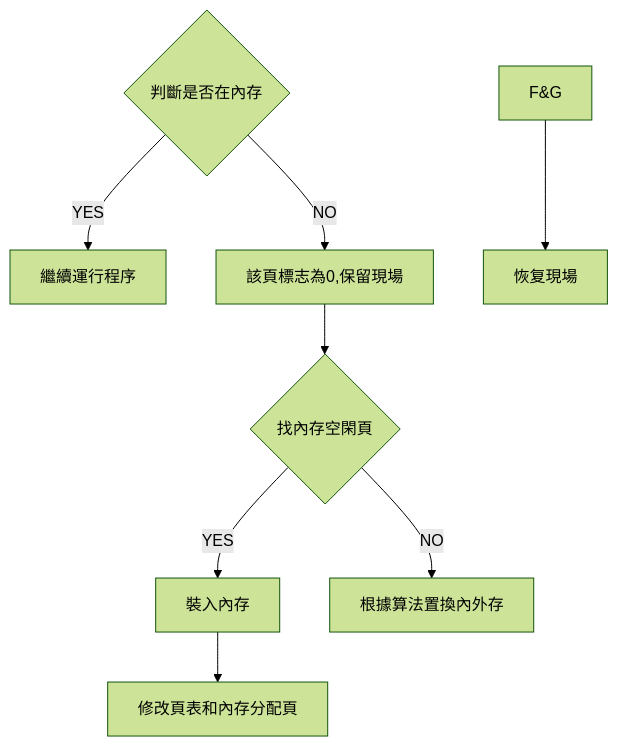
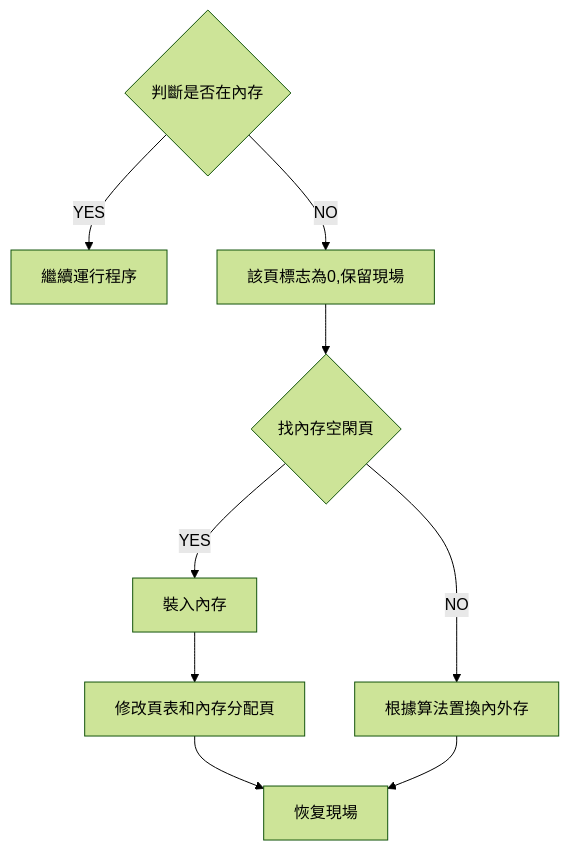
Before and after one commit to chchoiw/chchoiw.github.io: the fifth of 5 diagrams in _posts/2021-08-04-operating_system.md, drawn with Mermaid (forest theme).

````diff
--- a/_posts/2021-08-04-operating_system.md
+++ b/_posts/2021-08-04-operating_system.md
@@ -241,10 +241,10 @@
 ```mermaid
 graph TD
 A{判斷是否在內存}--YES-->B[繼續運行程序]
 A--NO-->C[該頁標志為0,保留現場]
 C-->D{找內存空閑頁}
 D--YES-->E[裝入內存]
 E-->F[修改頁表和內存分配頁]
 D--NO-->G[根據算法置換內外存]
-F&G-->H[恢复現場]
+F & G-->H[恢复現場]
 ```
````
